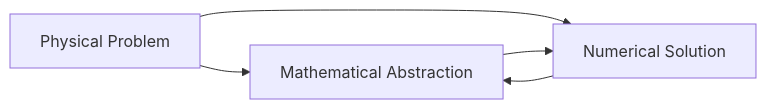
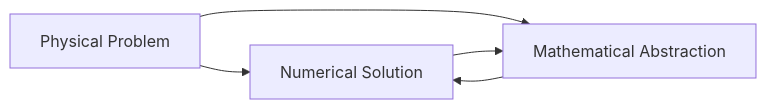
One commit to Aguelord/numenichal changed the diagram in docs/Numerical methods/index.md. Above: the diagram before and after it, drawn with Mermaid.

````diff
--- a/docs/Numerical methods/index.md
+++ b/docs/Numerical methods/index.md
@@ -8,8 +8,8 @@
 ```mermaid
 graph LR;
     accTitle: the diamond pattern
     accDescr: the diamond pattern
-    id1[Physical Problem] --> id2[Mathematical Abstraction] & id3[Numerical Solution];
-    id2[Mathematical Abstraction] --> id3[Numerical Solution];
-    id3[Numerical Solution] --> id2[Mathematical Abstraction];
+    id1[Physical Problem] --> id2[Numerical Solution] & id3[Numerical Solution];
+    id2[Numerical Solution] --> id3[Numerical Solution];
+    id3[Mathematical Abstraction] --> id2[Numerical Solution];
 ```
````
